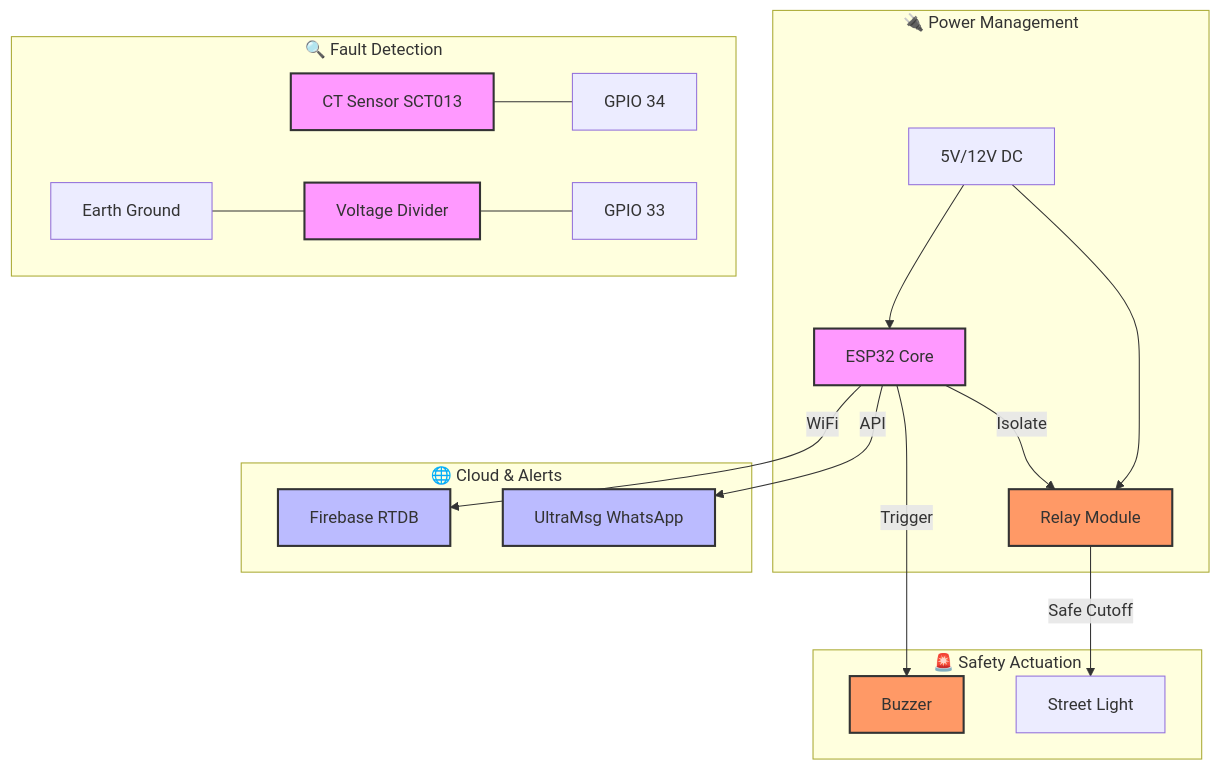
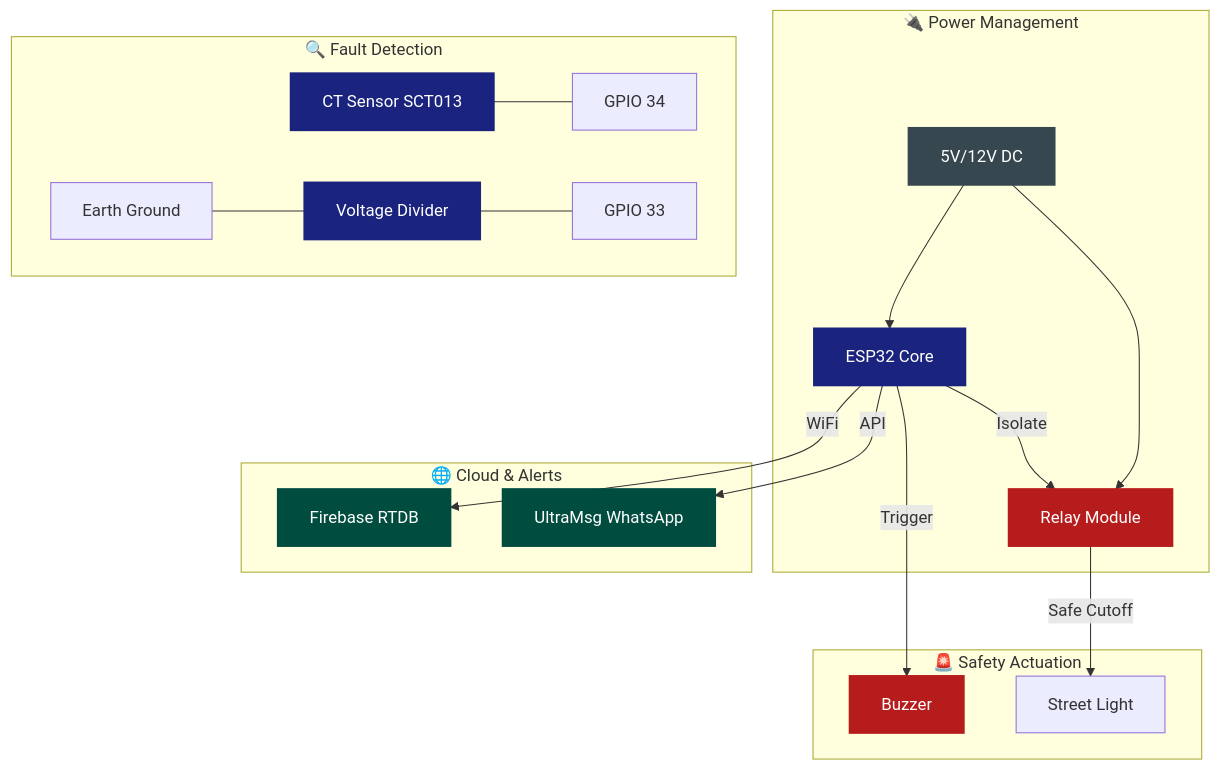
The diagram in README.md (laksh890/Street_Light_Pole_Earthing_and_Leakage_Protection_System), drawn with Mermaid before and after one commit.

````diff
--- a/README.md
+++ b/README.md
@@ -53,38 +53,40 @@
 ```mermaid
 graph TD
     %% Node Styling
-    classDef hardware fill:#f9f,stroke:#333,stroke-width:2px;
-    classDef cloud fill:#bbf,stroke:#333,stroke-width:2px;
-    classDef safety fill:#f96,stroke:#333,stroke-width:2px;
+    classDef hardware fill:#1a237e,stroke:#1a237e,stroke-width:2px,color:#ffffff;
+    classDef cloud fill:#004d40,stroke:#004d40,stroke-width:2px,color:#ffffff;
+    classDef safety fill:#b71c1c,stroke:#b71c1c,stroke-width:2px,color:#ffffff;
+    classDef power fill:#37474f,stroke:#37474f,stroke-width:2px,color:#ffffff;
 
     %% Power
     subgraph Power ["🔌 Power Management"]
         SUPPLY[5V/12V DC] --> ESP32[ESP32 Core]
         SUPPLY --> RELAY[Relay Module]
     end
 
     %% Inputs
     subgraph Sensing ["🔍 Fault Detection"]
         CT[CT Sensor SCT013] --- PIN34[GPIO 34]
         VD[Voltage Divider] --- PIN33[GPIO 33]
         GND[Earth Ground] --- VD
     end
 
     %% Outputs
     subgraph Control ["🚨 Safety Actuation"]
         ESP32 -- "Trigger" --> ALARM[Buzzer]
         ESP32 -- "Isolate" --> RELAY
         RELAY -- "Safe Cutoff" --> LIGHT[Street Light]
     end
 
     %% Cloud
     subgraph Cloud ["🌐 Cloud & Alerts"]
         ESP32 -- "WiFi" --> FIREBASE[Firebase RTDB]
         ESP32 -- "API" --> WHATSAPP[UltraMsg WhatsApp]
     end
 
     %% Applying styles
     class ESP32,CT,VD hardware;
     class FIREBASE,WHATSAPP cloud;
     class RELAY,ALARM safety;
+    class SUPPLY power;
 ```
````
